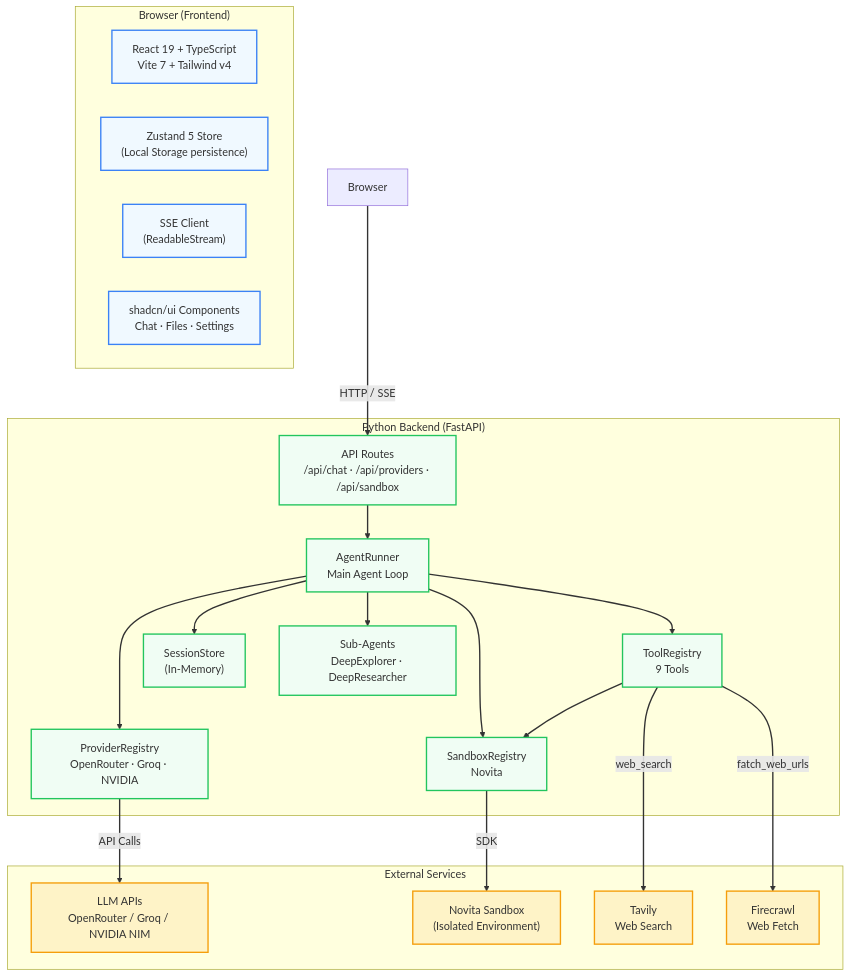
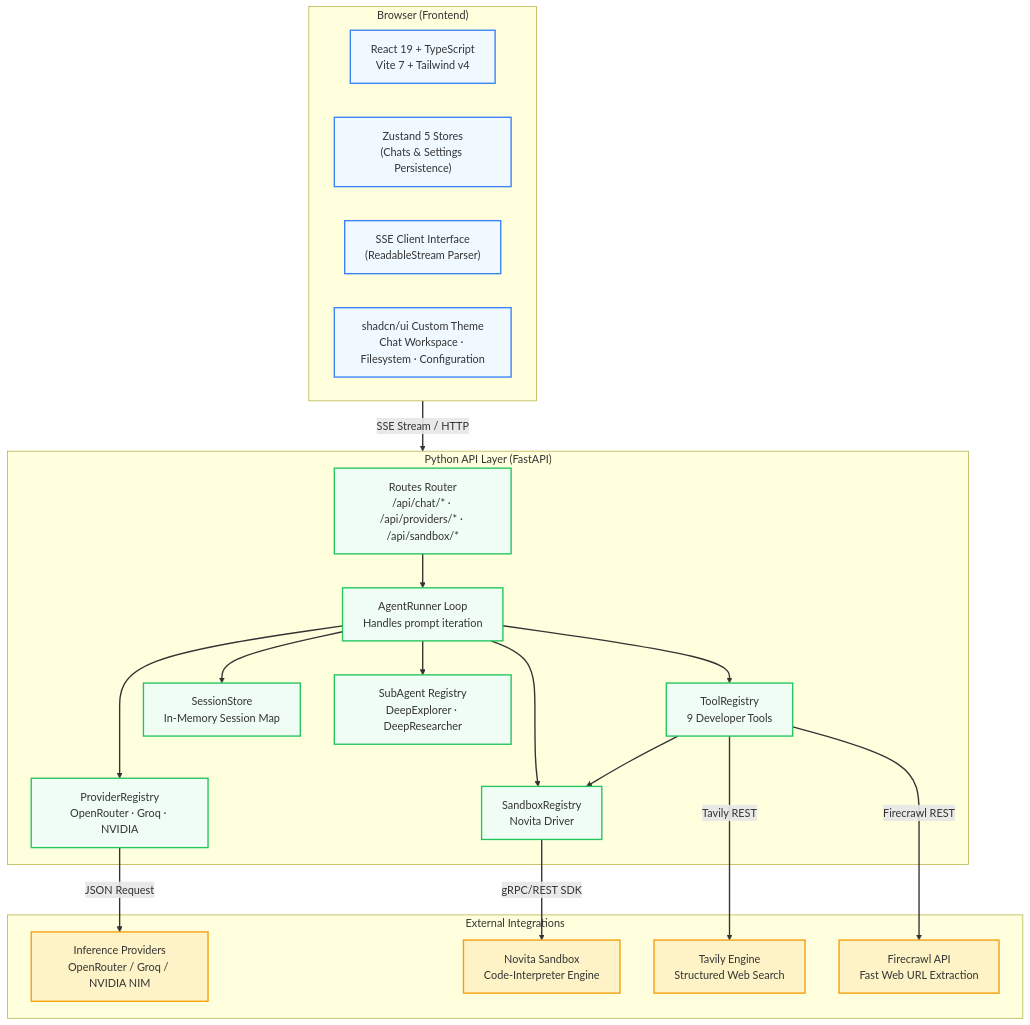
Before and after one commit to opencurro-ai/OpenCurro: the first of 2 diagrams in README.md, drawn with Mermaid. The commit also changed other lines of this file and 2 other files, not shown here.

Commit message:
docs: create comprehensive, production-quality README files for root, backend, and frontend

````diff
--- a/README.md
+++ b/README.md
@@ -112,47 +108,47 @@
 ```mermaid
 graph TB
-    subgraph Browser["Browser (Frontend)"]
+    subgraph ClientWorkspace["Browser (Frontend)"]
         REACT["React 19 + TypeScript<br/>Vite 7 + Tailwind v4"]
-        ZUSTAND["Zustand 5 Store<br/>(Local Storage persistence)"]
-        SSE["SSE Client<br/>(ReadableStream)"]
-        UI["shadcn/ui Components<br/>Chat · Files · Settings"]
+        ZUSTAND["Zustand 5 Stores<br/>(Chats & Settings Persistence)"]
+        SSE["SSE Client Interface<br/>(ReadableStream Parser)"]
+        UI["shadcn/ui Custom Theme<br/>Chat Workspace · Filesystem · Configuration"]
     end
 
-    subgraph Backend["Python Backend (FastAPI)"]
-        API["API Routes<br/>/api/chat · /api/providers · /api/sandbox"]
-        AGENT["AgentRunner<br/>Main Agent Loop"]
-        TOOLS["ToolRegistry<br/>9 Tools"]
+    subgraph BackendAPI["Python API Layer (FastAPI)"]
+        API["Routes Router<br/>/api/chat/* · /api/providers/* · /api/sandbox/*"]
+        AGENT["AgentRunner Loop<br/>Handles prompt iteration"]
+        TOOLS["ToolRegistry<br/>9 Developer Tools"]
         PROVIDERS["ProviderRegistry<br/>OpenRouter · Groq · NVIDIA"]
-        SANDBOX["SandboxRegistry<br/>Novita"]
-        SESSION["SessionStore<br/>(In-Memory)"]
-        SUBAGENTS["Sub-Agents<br/>DeepExplorer · DeepResearcher"]
+        SANDBOX["SandboxRegistry<br/>Novita Driver"]
+        SESSION["SessionStore<br/>In-Memory Session Map"]
+        SUBAGENTS["SubAgent Registry<br/>DeepExplorer · DeepResearcher"]
     end
 
-    subgraph External["External Services"]
-        LLM["LLM APIs<br/>OpenRouter / Groq / NVIDIA NIM"]
-        NOVITA["Novita Sandbox<br/>(Isolated Environment)"]
-        TAVILY["Tavily<br/>Web Search"]
-        FIRECRAWL["Firecrawl<br/>Web Fetch"]
+    subgraph Cloud["External Integrations"]
+        LLM["Inference Providers<br/>OpenRouter / Groq / NVIDIA NIM"]
+        NOVITA["Novita Sandbox<br/>Code-Interpreter Engine"]
+        TAVILY["Tavily Engine<br/>Structured Web Search"]
+        FIRECRAWL["Firecrawl API<br/>Fast Web URL Extraction"]
     end
 
-    BROWSER["Browser"] -->|"HTTP / SSE"| API
+    ClientWorkspace -->|"SSE Stream / HTTP"| BackendAPI
     API --> AGENT
     AGENT --> TOOLS
     AGENT --> PROVIDERS
     AGENT --> SANDBOX
     AGENT --> SESSION
     AGENT --> SUBAGENTS
-    PROVIDERS -->|"API Calls"| LLM
-    SANDBOX -->|"SDK"| NOVITA
-    TOOLS -->|"web_search"| TAVILY
-    TOOLS -->|"fatch_web_urls"| FIRECRAWL
+    PROVIDERS -->|"JSON Request"| LLM
+    SANDBOX -->|"gRPC/REST SDK"| NOVITA
+    TOOLS -->|"Tavily REST"| TAVILY
+    TOOLS -->|"Firecrawl REST"| FIRECRAWL
     TOOLS --> SANDBOX
 
-    classDef frontend fill:#f0f9ff,stroke:#3b82f6,stroke-width:2px
-    classDef backend fill:#f0fdf4,stroke:#22c55e,stroke-width:2px
-    classDef external fill:#fef3c7,stroke:#f59e0b,stroke-width:2px
-    class REACT,ZUSTAND,SSE,UI frontend
-    class API,AGENT,TOOLS,PROVIDERS,SANDBOX,SESSION,SUBAGENTS backend
-    class LLM,NOVITA,TAVILY,FIRECRAWL external
+    classDef client fill:#f0f9ff,stroke:#3b82f6,stroke-width:2px
+    classDef api fill:#f0fdf4,stroke:#22c55e,stroke-width:2px
+    classDef cloud fill:#fef3c7,stroke:#f59e0b,stroke-width:2px
+    class REACT,ZUSTAND,SSE,UI client
+    class API,AGENT,TOOLS,PROVIDERS,SANDBOX,SESSION,SUBAGENTS api
+    class LLM,NOVITA,TAVILY,FIRECRAWL cloud
     linkStyle default stroke-width:2px
 ```
````
